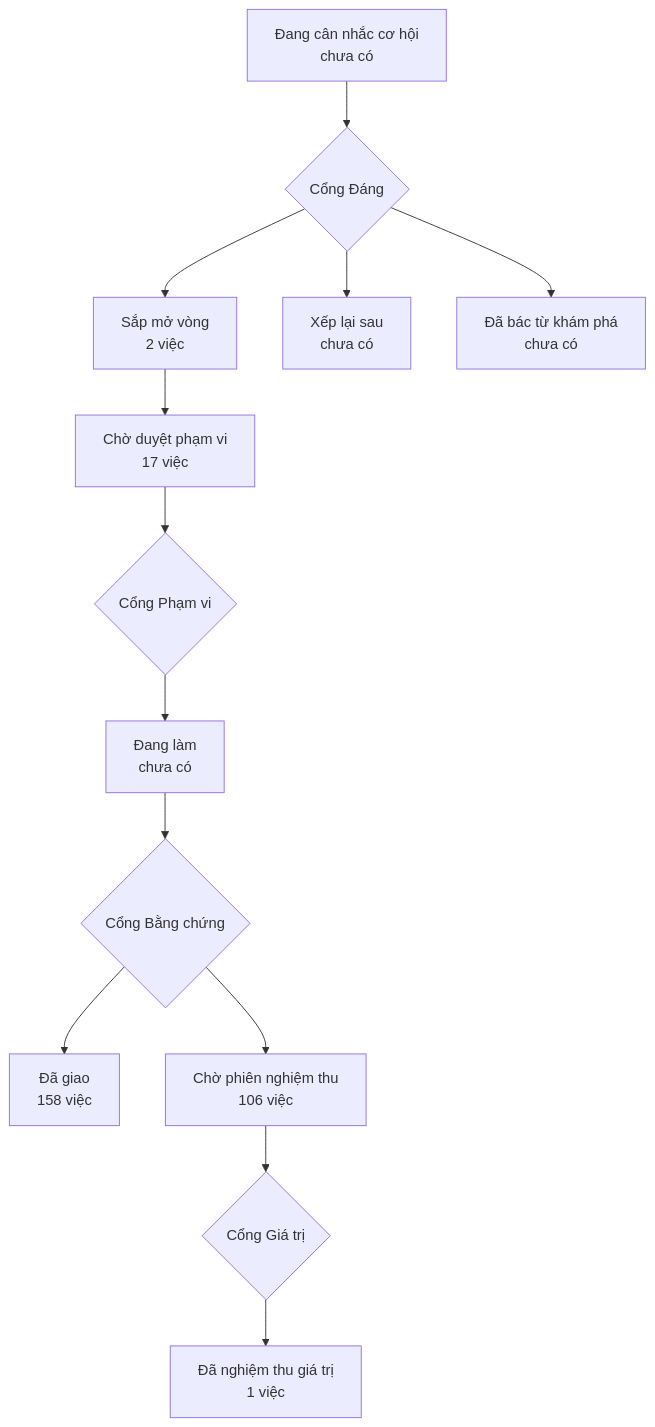
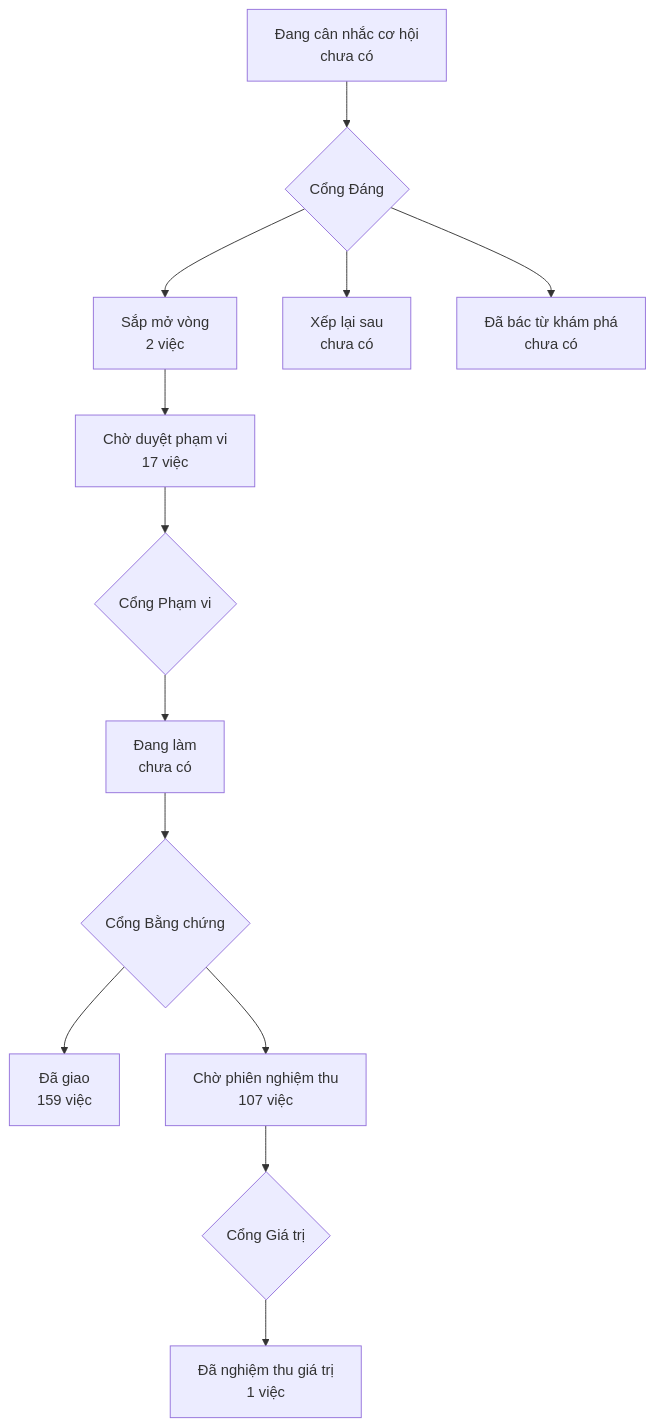
Before and after one commit to phanlemanh/onehub-invest: the diagram in PRODUCT-MAP.md, drawn with Mermaid. The commit also changed other lines of this file and 1 other file, not shown here.

Commit message:
chore(acceptance): vẽ lại bản đồ sản phẩm sau khi gộp main

````diff
--- a/PRODUCT-MAP.md
+++ b/PRODUCT-MAP.md
@@ -7,12 +7,12 @@
 ```mermaid
 flowchart TD
   A["Đang cân nhắc cơ hội<br/>chưa có"] --> GD{"Cổng Đáng"}
   GD --> B["Sắp mở vòng<br/>2 việc"]
   GD --> XL["Xếp lại sau<br/>chưa có"]
   GD --> DB["Đã bác từ khám phá<br/>chưa có"]
   B --> CD["Chờ duyệt phạm vi<br/>17 việc"] --> GP{"Cổng Phạm vi"}
   GP --> DL["Đang làm<br/>chưa có"] --> GB{"Cổng Bằng chứng"}
-  GB --> DG["Đã giao<br/>158 việc"]
-  GB --> CN["Chờ phiên nghiệm thu<br/>106 việc"] --> GG{"Cổng Giá trị"}
+  GB --> DG["Đã giao<br/>159 việc"]
+  GB --> CN["Chờ phiên nghiệm thu<br/>107 việc"] --> GG{"Cổng Giá trị"}
   GG --> NT["Đã nghiệm thu giá trị<br/>1 việc"]
 ```
````
